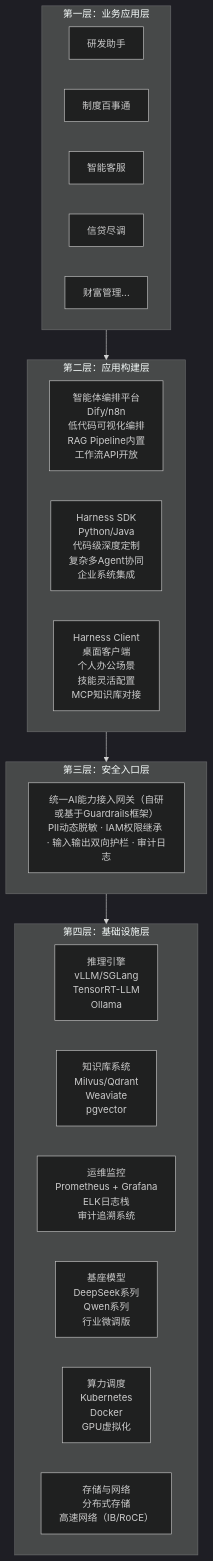
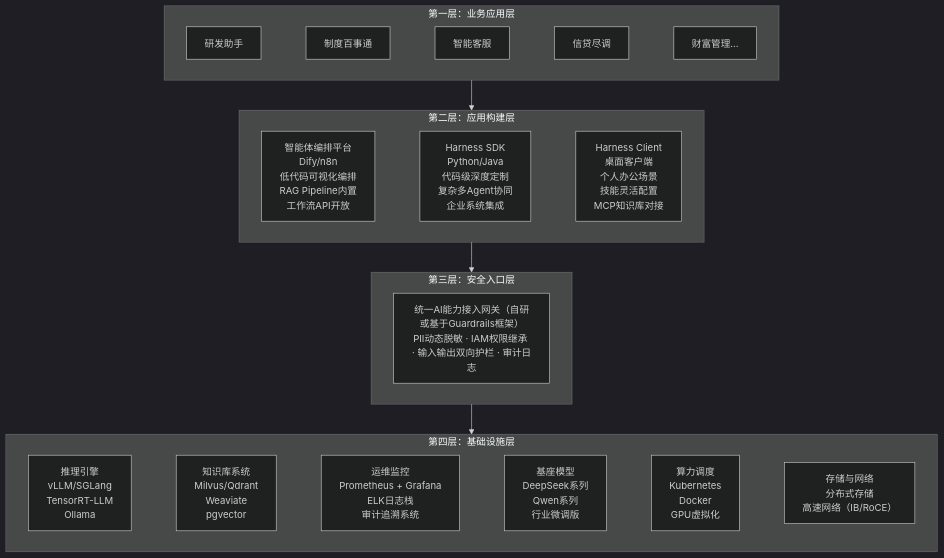
One commit to wonglaitung/splan changed the second of 34 diagrams in 1. 银行大模型本地化落地与AI转型全景规划书.md. Above: the diagram before and after it, drawn with Mermaid (dark theme). The commit also changed 1 other file, not shown here.

Commit message:
docs: 四层架构图并列节点补隐形连接链强制横排
仅 direction LR 对孤立节点无效，实测渲染仍竖排；
在各层 subgraph 内补 A ~~~ B ~~~ C 隐形链，
经 mmdc 渲染验证各层组件已正确横向排列。

````diff
--- a/1. 银行大模型本地化落地与AI转型全景规划书.md
+++ b/1. 银行大模型本地化落地与AI转型全景规划书.md
@@ -110,30 +110,33 @@
 ```mermaid
 flowchart TB
     subgraph L1["第一层：业务应用层"]
         direction LR
         A1["研发助手"]
         A2["制度百事通"]
         A3["智能客服"]
         A4["信贷尽调"]
         A5["财富管理..."]
+        A1 ~~~ A2 ~~~ A3 ~~~ A4 ~~~ A5
     end
     subgraph L2["第二层：应用构建层"]
         direction LR
         B1["智能体编排平台<br/>Dify/n8n<br/>低代码可视化编排<br/>RAG Pipeline内置<br/>工作流API开放"]
         B2["Harness SDK<br/>Python/Java<br/>代码级深度定制<br/>复杂多Agent协同<br/>企业系统集成"]
         B3["Harness Client<br/>桌面客户端<br/>个人办公场景<br/>技能灵活配置<br/>MCP知识库对接"]
+        B1 ~~~ B2 ~~~ B3
     end
     subgraph L3["第三层：安全入口层"]
         C["统一AI能力接入网关（自研或基于Guardrails框架）<br/>PII动态脱敏 · IAM权限继承 · 输入输出双向护栏 · 审计日志"]
     end
     subgraph L4["第四层：基础设施层"]
         direction LR
         D1["推理引擎<br/>vLLM/SGLang<br/>TensorRT-LLM<br/>Ollama"]
         D2["知识库系统<br/>Milvus/Qdrant<br/>Weaviate<br/>pgvector"]
         D3["运维监控<br/>Prometheus + Grafana<br/>ELK日志栈<br/>审计追溯系统"]
         D4["基座模型<br/>DeepSeek系列<br/>Qwen系列<br/>行业微调版"]
         D5["算力调度<br/>Kubernetes<br/>Docker<br/>GPU虚拟化"]
         D6["存储与网络<br/>分布式存储<br/>高速网络（IB/RoCE）"]
+        D1 ~~~ D2 ~~~ D3 ~~~ D4 ~~~ D5 ~~~ D6
     end
     L1 --> L2 --> L3 --> L4
 ```
````
